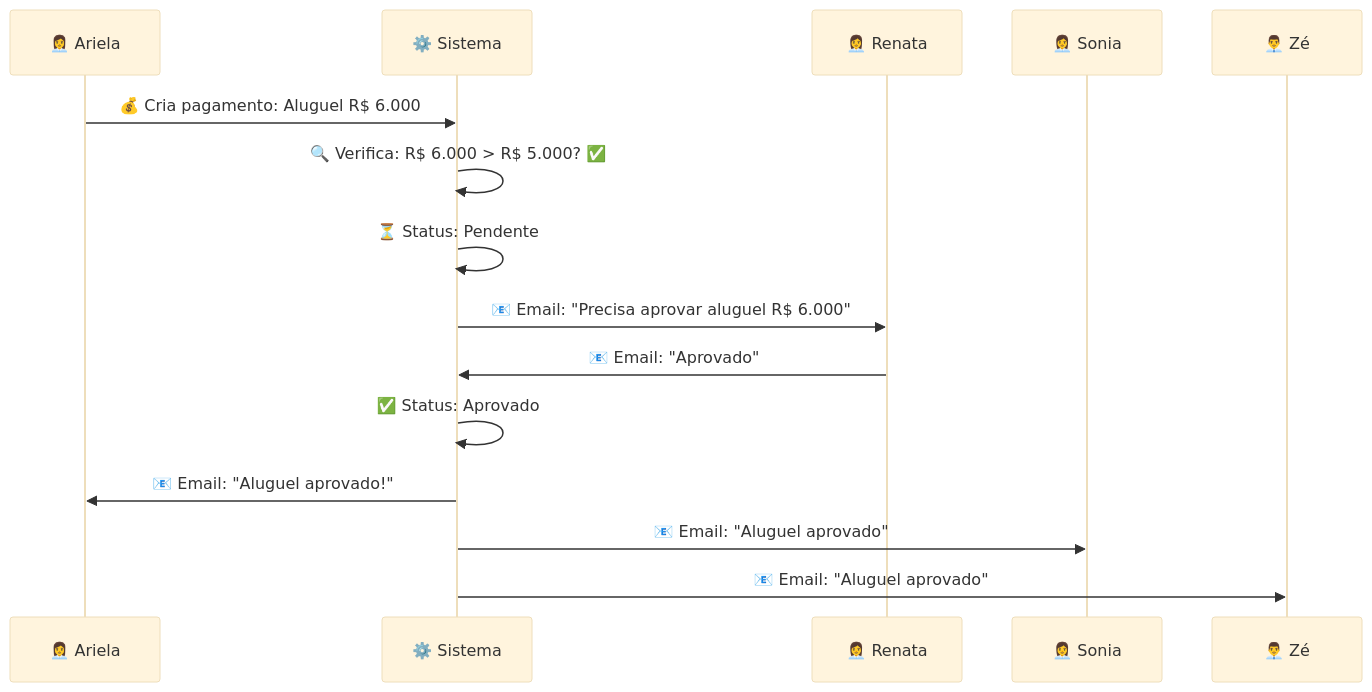
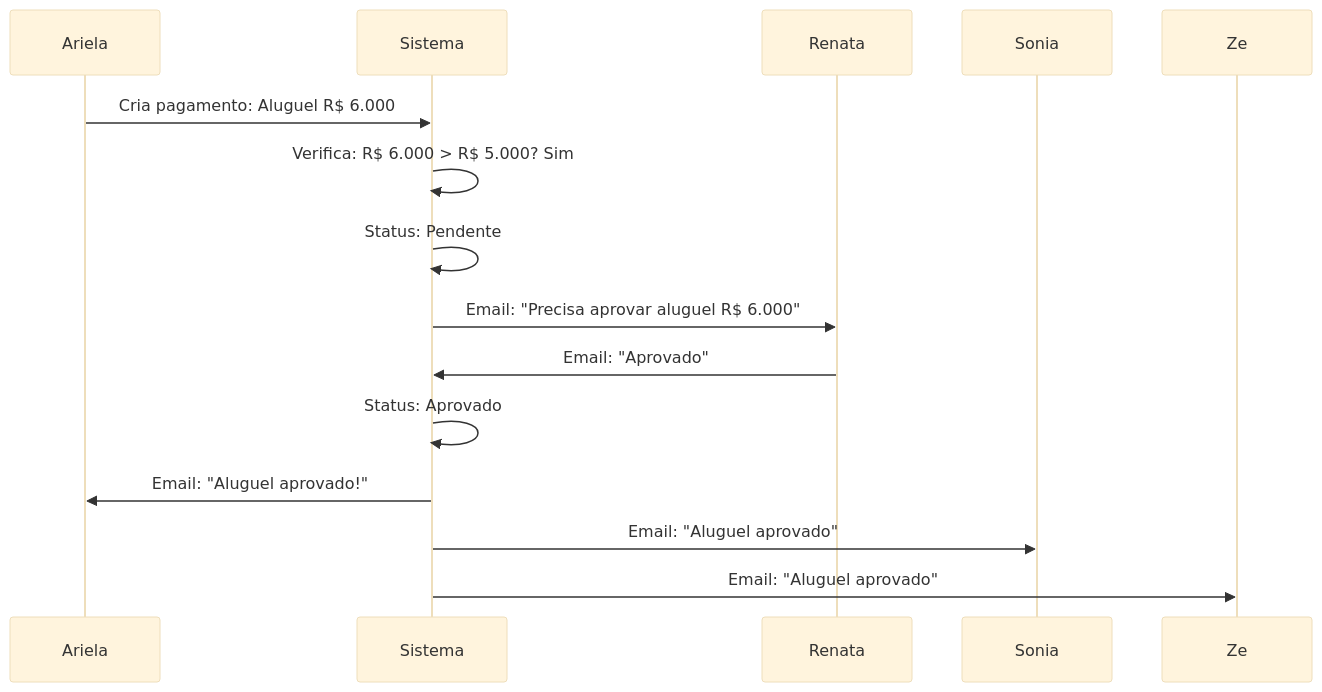
Before and after one commit to emanuelcosta-git/epoch-dream-builder: the sixth of 6 diagrams in FLUXO_REAL_VIDA_MAIS.md, drawn with Mermaid (base theme). The commit also changed other lines of this file, not shown here.

First line of the commit message:
Refactor flowcharts and diagrams for clarity

````diff
--- a/FLUXO_REAL_VIDA_MAIS.md
+++ b/FLUXO_REAL_VIDA_MAIS.md
@@ -231,18 +231,18 @@
 ```mermaid
 sequenceDiagram
-    participant A as 👩‍💼 Ariela
-    participant S as ⚙️ Sistema
-    participant R as 👩‍💼 Renata
-    participant S2 as 👩‍💼 Sonia
-    participant Z as 👨‍💼 Zé
+    participant A as Ariela
+    participant S as Sistema
+    participant R as Renata
+    participant S2 as Sonia
+    participant Z as Ze
 
-    A->>S: 💰 Cria pagamento: Aluguel R$ 6.000
-    S->>S: 🔍 Verifica: R$ 6.000 > R$ 5.000? ✅
-    S->>S: ⏳ Status: Pendente
-    S->>R: 📧 Email: "Precisa aprovar aluguel R$ 6.000"
-    R->>S: 📧 Email: "Aprovado"
-    S->>S: ✅ Status: Aprovado
-    S->>A: 📧 Email: "Aluguel aprovado!"
-    S->>S2: 📧 Email: "Aluguel aprovado"
-    S->>Z: 📧 Email: "Aluguel aprovado"
+    A->>S: Cria pagamento: Aluguel R$ 6.000
+    S->>S: Verifica: R$ 6.000 > R$ 5.000? Sim
+    S->>S: Status: Pendente
+    S->>R: Email: "Precisa aprovar aluguel R$ 6.000"
+    R->>S: Email: "Aprovado"
+    S->>S: Status: Aprovado
+    S->>A: Email: "Aluguel aprovado!"
+    S->>S2: Email: "Aluguel aprovado"
+    S->>Z: Email: "Aluguel aprovado"
 ```
````
